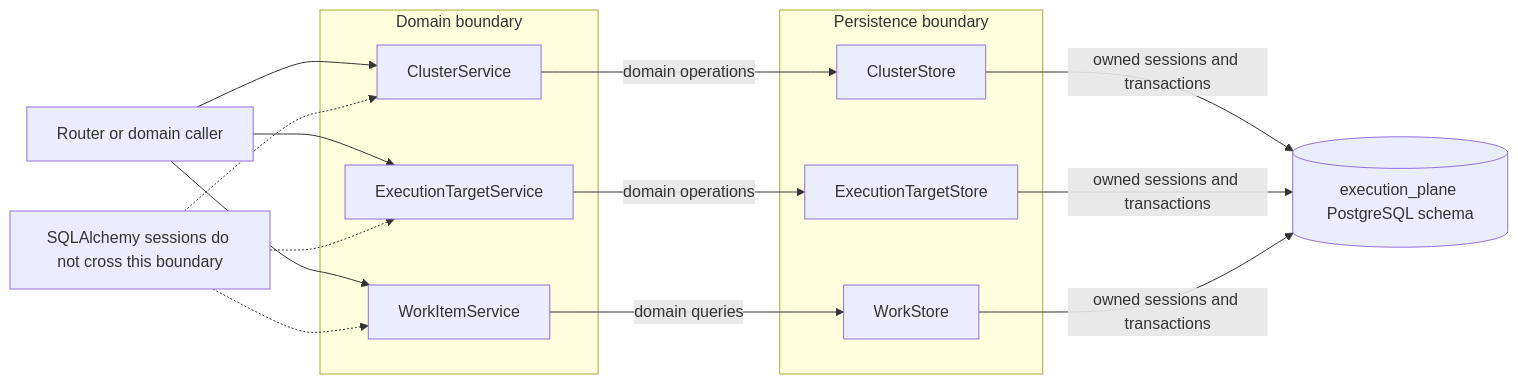
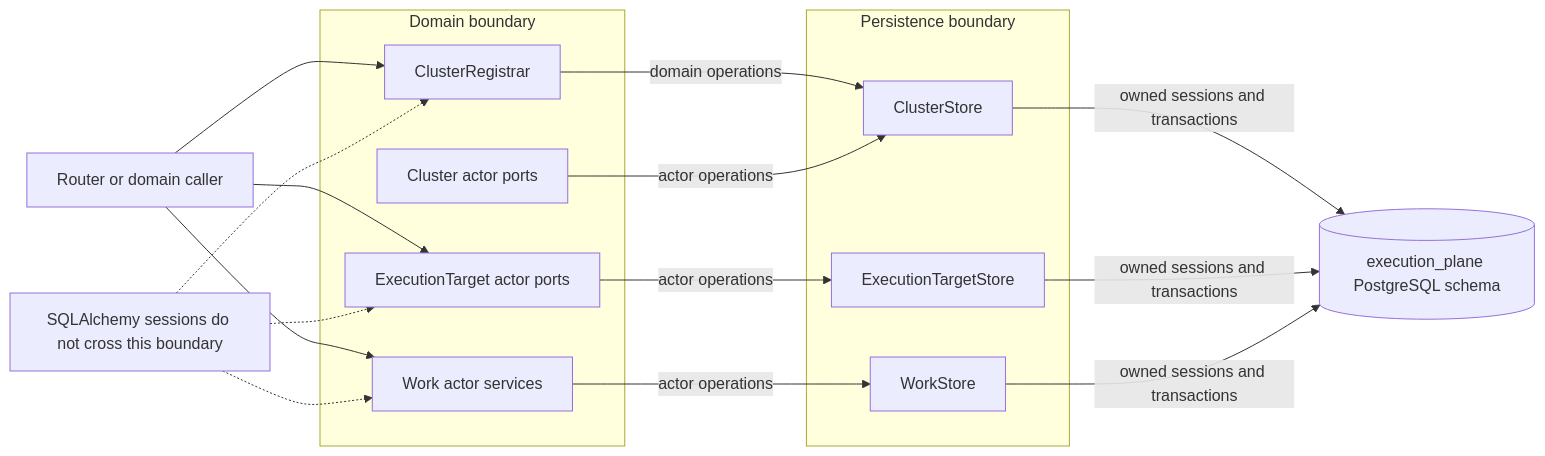
One commit to AlanCoding/syntara-execution-plane changed the fifth of 5 diagrams in docs/cluster-and-target-services.md. Above: the diagram before and after it, drawn with Mermaid. The commit also changed other lines of this file and 49 other files, not shown here.

````diff
--- a/docs/cluster-and-target-services.md
+++ b/docs/cluster-and-target-services.md
@@ -415,33 +411,35 @@
 ```mermaid
 flowchart LR
     Caller[Router or domain caller]
 
-    subgraph Services[Domain boundary]
-        CR[ClusterService]
-        TR[ExecutionTargetService]
-        WR[WorkItemService]
+    subgraph Domain[Domain boundary]
+        CR[ClusterRegistrar]
+        CP[Cluster actor ports]
+        TP[ExecutionTarget actor ports]
+        WR[Work actor services]
     end
 
     subgraph Stores[Persistence boundary]
         CS[ClusterStore]
         TS[ExecutionTargetStore]
         WS[WorkStore]
     end
 
     DB[(execution_plane PostgreSQL schema)]
 
     Caller --> CR
-    Caller --> TR
+    Caller --> TP
     Caller --> WR
     CR -->|domain operations| CS
-    TR -->|domain operations| TS
-    WR -->|domain queries| WS
+    CP -->|actor operations| CS
+    TP -->|actor operations| TS
+    WR -->|actor operations| WS
     CS -->|owned sessions and transactions| DB
     TS -->|owned sessions and transactions| DB
     WS -->|owned sessions and transactions| DB
 
     X[SQLAlchemy sessions do not cross this boundary]
     X -.-> CR
-    X -.-> TR
+    X -.-> TP
     X -.-> WR
 ```
````
